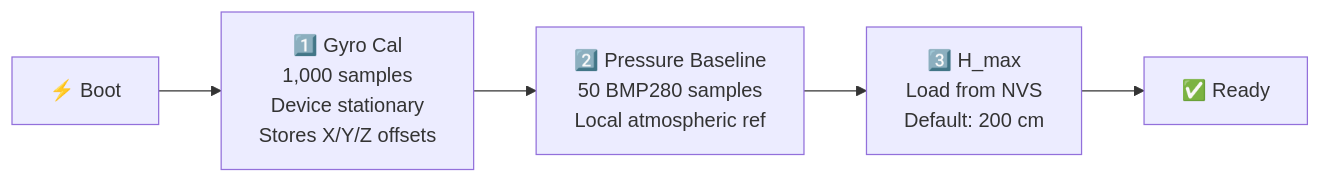
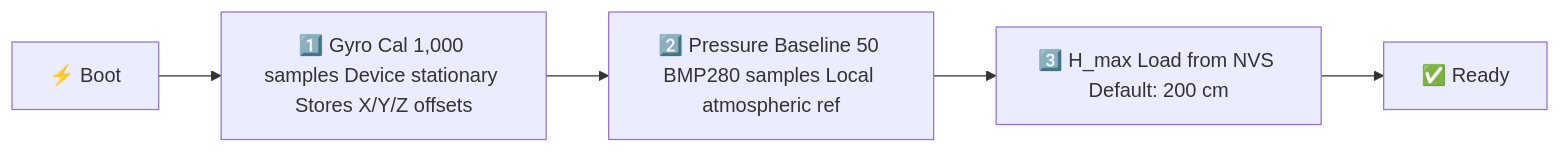
One commit to jden-art/Varuna changed the tenth of 10 diagrams in README.md. Above: the diagram before and after it, drawn with Mermaid. The commit also changed other lines of this file, not shown here.

````diff
--- a/README.md
+++ b/README.md
@@ -442,7 +443,7 @@
 ```mermaid
 flowchart LR
-    A["⚡ Boot"] --> B["1️⃣ Gyro Cal\n1,000 samples\nDevice stationary\nStores X/Y/Z offsets"]
-    B --> C["2️⃣ Pressure Baseline\n50 BMP280 samples\nLocal atmospheric ref"]
-    C --> D["3️⃣ H_max\nLoad from NVS\nDefault: 200 cm"]
+    A["⚡ Boot"] --> B["1️⃣ Gyro Cal 1,000 samples Device stationary Stores X/Y/Z offsets"]
+    B --> C["2️⃣ Pressure Baseline 50 BMP280 samples Local atmospheric ref"]
+    C --> D["3️⃣ H_max Load from NVS Default: 200 cm"]
     D --> E["✅ Ready"]
 ```
````
